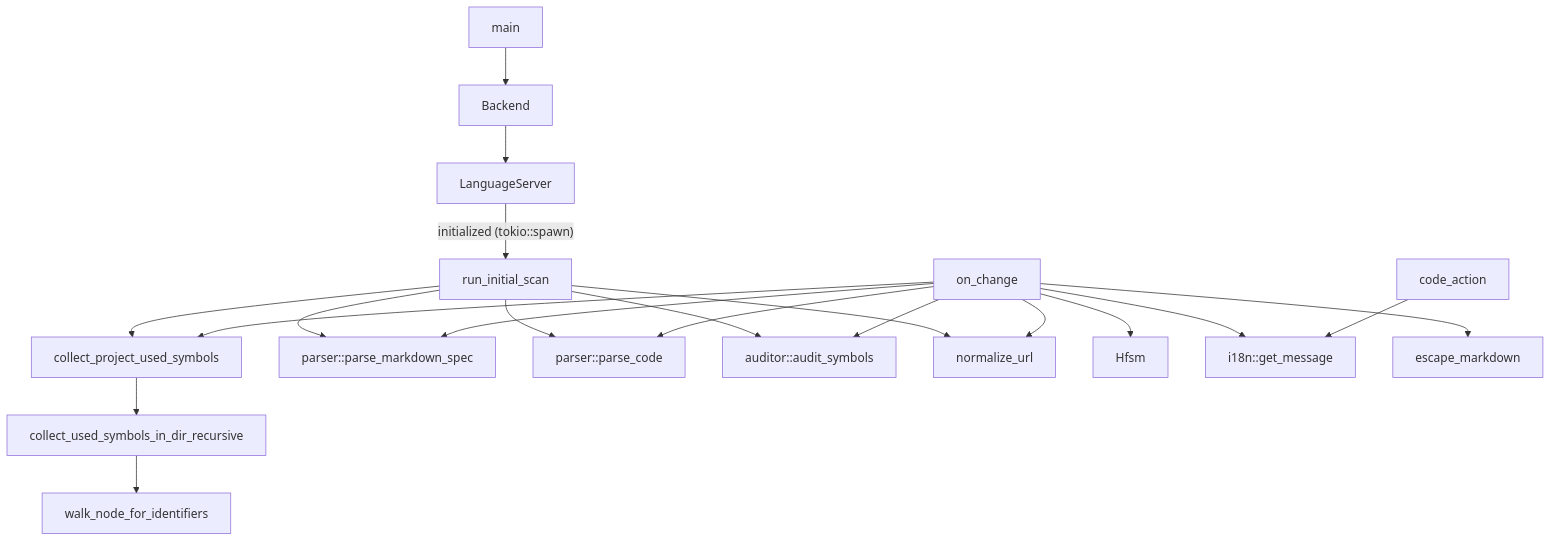
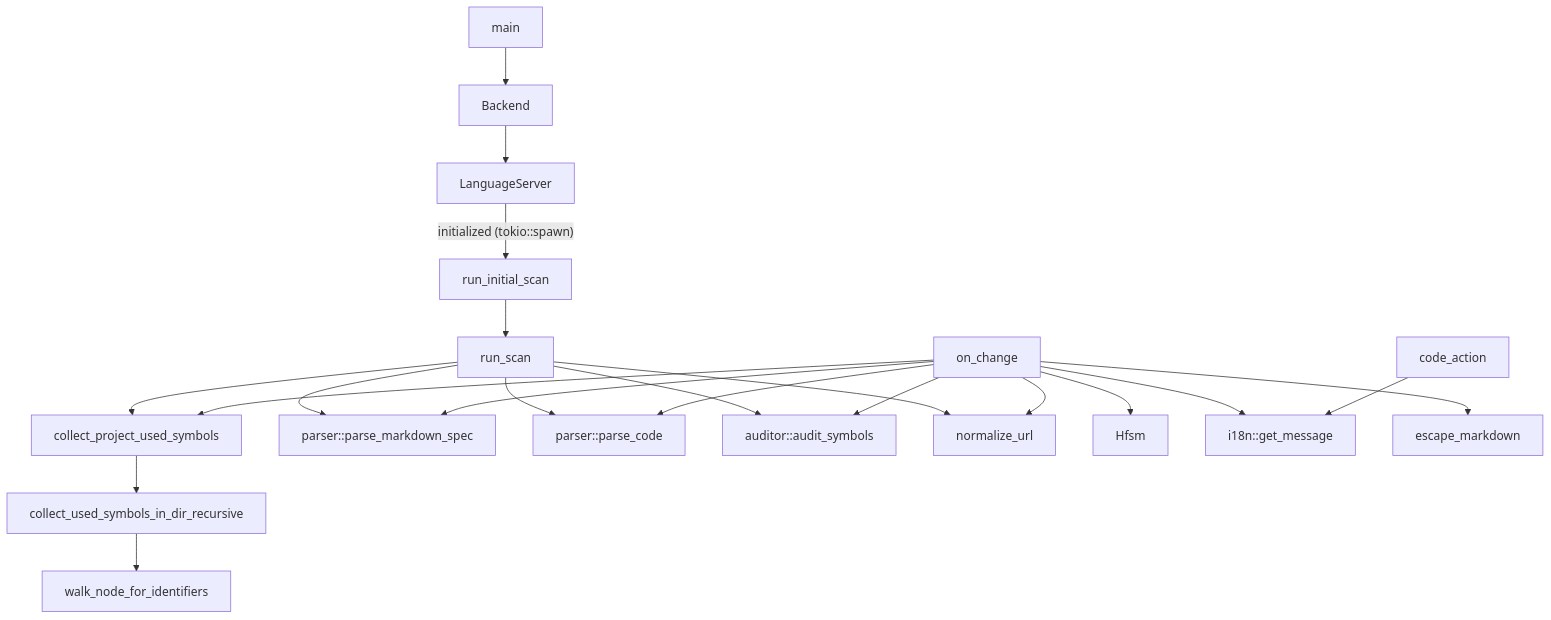
Before and after one commit to DovahkiinYuzuko/DocsAuditor: the diagram in docs/variables'n'functions/[Rust]main.md, drawn with Mermaid. The commit also changed other lines of this file and 9 other files, not shown here.

````diff
--- a/docs/variables'n'functions/[Rust]main.md
+++ b/docs/variables'n'functions/[Rust]main.md
@@ -118,22 +117,23 @@
 ```mermaid
 graph TD
     main --> Backend
     Backend --> LanguageServer
     LanguageServer -- initialized (tokio::spawn) --> run_initial_scan
-    run_initial_scan --> collect_project_used_symbols
-    run_initial_scan --> parser::parse_markdown_spec
-    run_initial_scan --> parser::parse_code
-    run_initial_scan --> auditor::audit_symbols
-    run_initial_scan --> normalize_url
+    run_initial_scan --> run_scan
+    run_scan --> collect_project_used_symbols
+    run_scan --> parser::parse_markdown_spec
+    run_scan --> parser::parse_code
+    run_scan --> auditor::audit_symbols
+    run_scan --> normalize_url
     on_change --> Hfsm
     on_change --> parser::parse_markdown_spec
     on_change --> parser::parse_code
     on_change --> collect_project_used_symbols
     on_change --> auditor::audit_symbols
     on_change --> i18n::get_message
     on_change --> normalize_url
     on_change --> escape_markdown
     code_action --> i18n::get_message
     collect_project_used_symbols --> collect_used_symbols_in_dir_recursive
     collect_used_symbols_in_dir_recursive --> walk_node_for_identifiers
 ```
````
